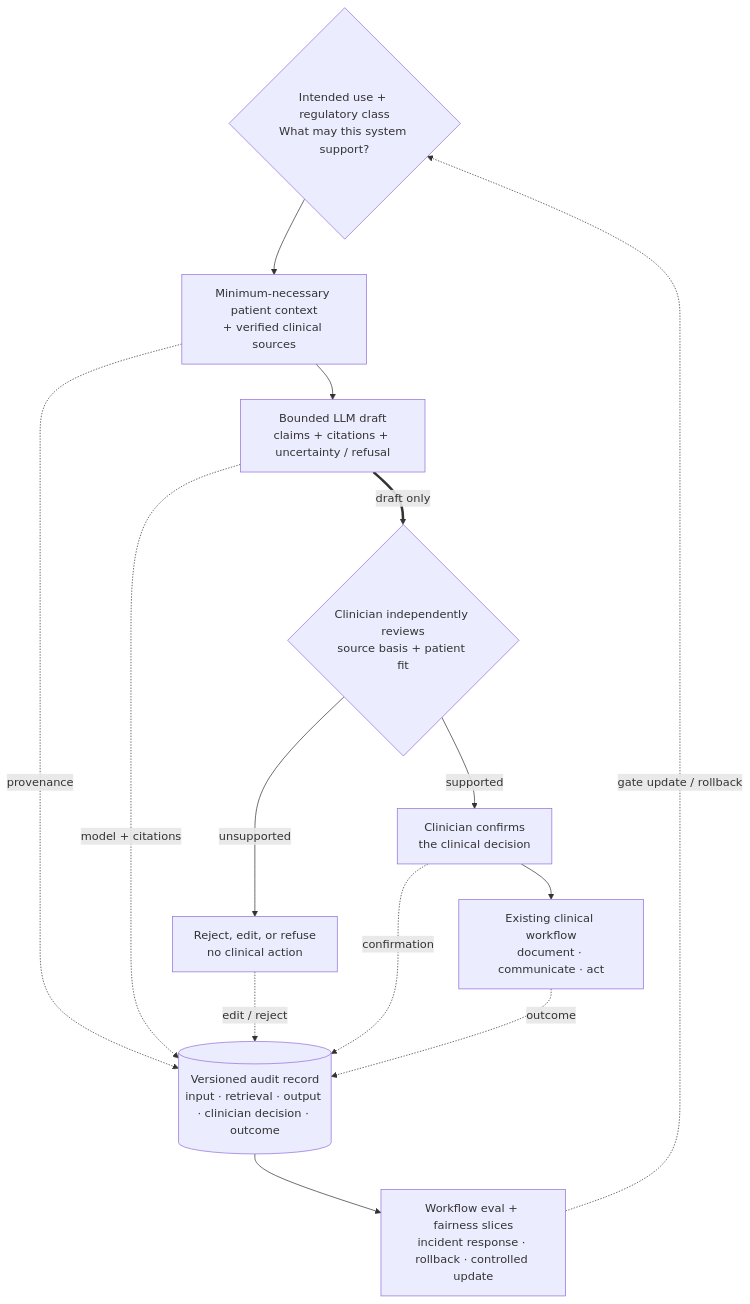
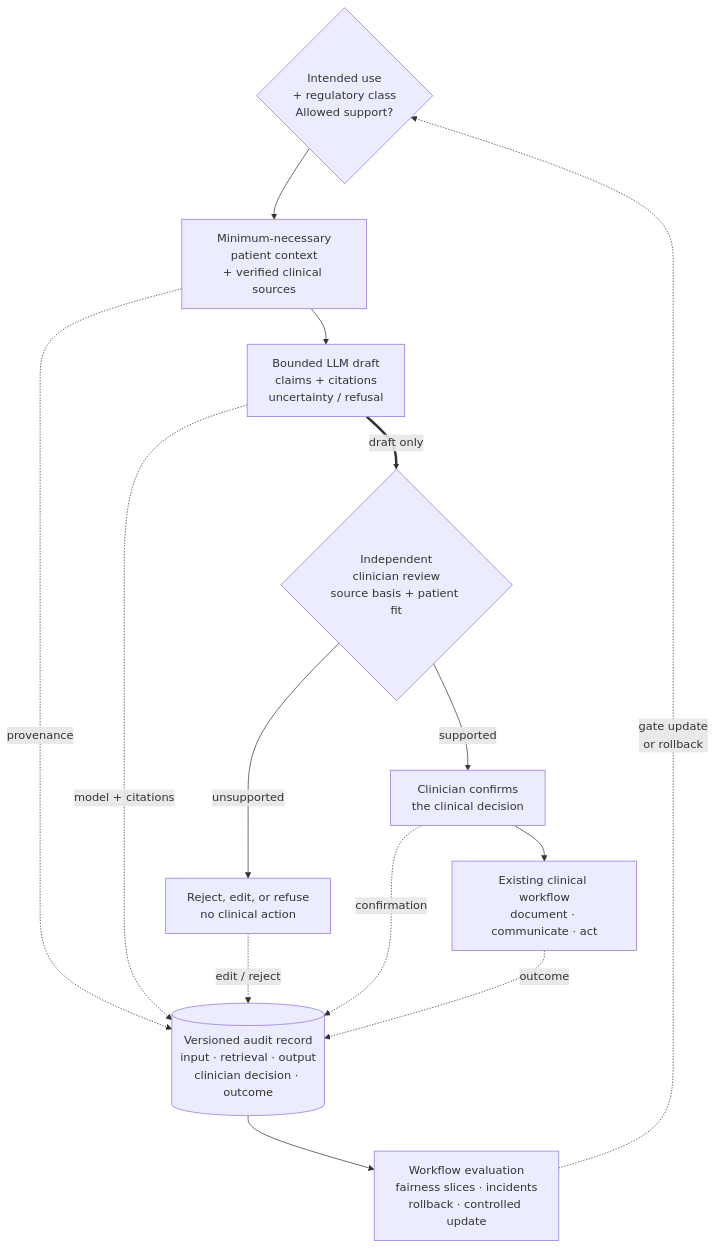
The diagram in src/content/posts/2026-03-07-llm-deployment-healthcare.md (mlmentorship/mlmentorship.github.io), drawn with Mermaid before and after one commit. The commit also changed 50 other files, not shown here.

````diff
--- a/src/content/posts/2026-03-07-llm-deployment-healthcare.md
+++ b/src/content/posts/2026-03-07-llm-deployment-healthcare.md
@@ -49,33 +49,33 @@
 ```mermaid
 flowchart TB
   accTitle: A healthcare LLM supplies traceable evidence to a clinician, not an autonomous clinical action
   accDescr: Intended use and regulatory classification set a bounded task. Minimum-necessary patient context and verified clinical sources feed an LLM that returns a structured draft with claim-level citations and uncertainty or refusal. A clinician independently reviews the source basis and patient fit. Unsupported or out-of-scope output is rejected or edited and triggers no clinical action; accepted output becomes the clinician's decision in the existing clinical workflow. Inputs, retrievals, outputs, model version, clinician edits or acceptance, and downstream outcomes enter an audit record used for workflow evaluation, fairness slices, incident response, rollback, and controlled updates.
-  Scope{"Intended use + regulatory class<br/>What may this system support?"}
-  Evidence["Minimum-necessary patient context<br/>+ verified clinical sources"]
-  Draft["Bounded LLM draft<br/>claims + citations + uncertainty / refusal"]
-  Review{"Clinician independently reviews<br/>source basis + patient fit"}
+  Scope{"Intended use<br/>+ regulatory class<br/>Allowed support?"}
+  Evidence["Minimum-necessary<br/>patient context<br/>+ verified clinical sources"]
+  Draft["Bounded LLM draft<br/>claims + citations<br/>uncertainty / refusal"]
+  Review{"Independent<br/>clinician review<br/>source basis + patient fit"}
   Stop["Reject, edit, or refuse<br/>no clinical action"]
   Decide["Clinician confirms<br/>the clinical decision"]
   Workflow["Existing clinical workflow<br/>document · communicate · act"]
-  Trace[("Versioned audit record<br/>input · retrieval · output · clinician decision · outcome")]
-  Operate["Workflow eval + fairness slices<br/>incident response · rollback · controlled update"]
+  Trace[("Versioned audit record<br/>input · retrieval · output<br/>clinician decision · outcome")]
+  Operate["Workflow evaluation<br/>fairness slices · incidents<br/>rollback · controlled update"]
   Scope --> Evidence
   Evidence --> Draft
   Draft ==>|"draft only"| Review
   Review -->|"unsupported"| Stop
   Review -->|"supported"| Decide
   Decide --> Workflow
   Evidence -.->|"provenance"| Trace
   Draft -.->|"model + citations"| Trace
   Stop -.->|"edit / reject"| Trace
   Decide -.->|"confirmation"| Trace
   Workflow -.->|"outcome"| Trace
   Trace --> Operate
-  Operate -.->|"gate update / rollback"| Scope
+  Operate -.->|"gate update<br/>or rollback"| Scope
   class Scope,Review viz-focus
   class Evidence viz-input
   class Trace viz-state
   class Decide,Workflow viz-output
   class Stop viz-warning
   class Scope viz-tall,viz-wide
 ```
````
